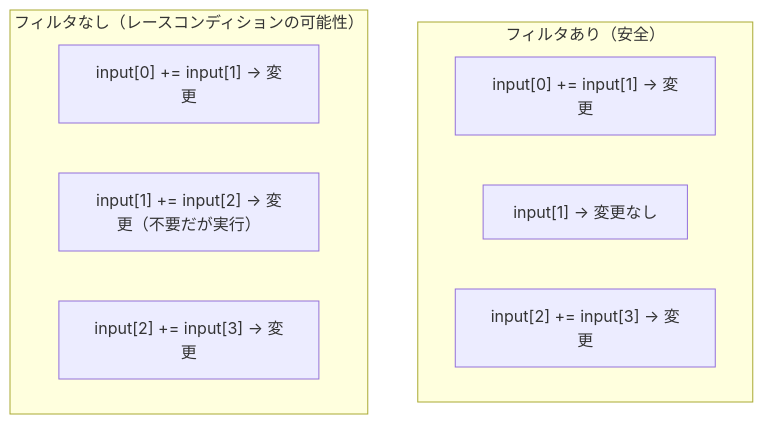
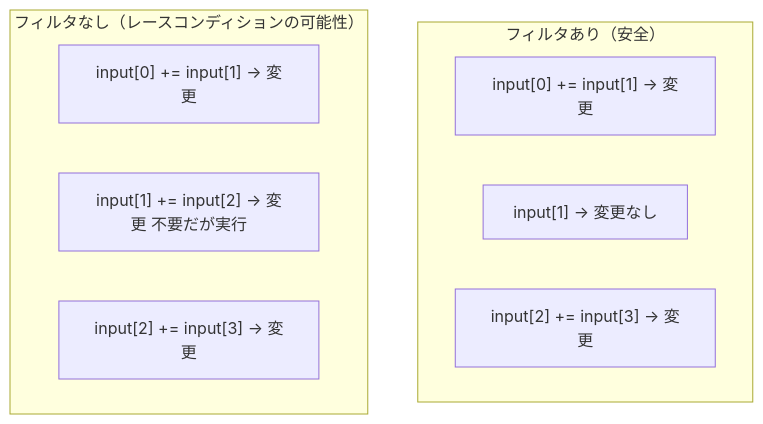
The diagram in src/data/sections/09/lecture-04.mdx (tkm5/cuda-programming-guide), drawn with Mermaid before and after one commit. The commit also changed 34 other files, not shown here.

First line of the commit message:
fix: quote Japanese text and special chars in mermaid diagrams

````diff
--- a/src/data/sections/09/lecture-04.mdx
+++ b/src/data/sections/09/lecture-04.mdx
@@ -28,13 +28,13 @@
 ```mermaid
 flowchart TD
     subgraph "フィルタあり（安全）"
-        FA["input[0] += input[1] → 変更"]
-        FB["input[1] → 変更なし"]
-        FC["input[2] += input[3] → 変更"]
+        FA["input#91;0#93; += input#91;1#93; → 変更"]
+        FB["input#91;1#93; → 変更なし"]
+        FC["input#91;2#93; += input#91;3#93; → 変更"]
     end
     subgraph "フィルタなし（レースコンディションの可能性）"
-        NA["input[0] += input[1] → 変更"]
-        NB["input[1] += input[2] → 変更（不要だが実行）"]
-        NC["input[2] += input[3] → 変更"]
+        NA["input#91;0#93; += input#91;1#93; → 変更"]
+        NB["input#91;1#93; += input#91;2#93; → 変更 不要だが実行"]
+        NC["input#91;2#93; += input#91;3#93; → 変更"]
     end
 ```
````
